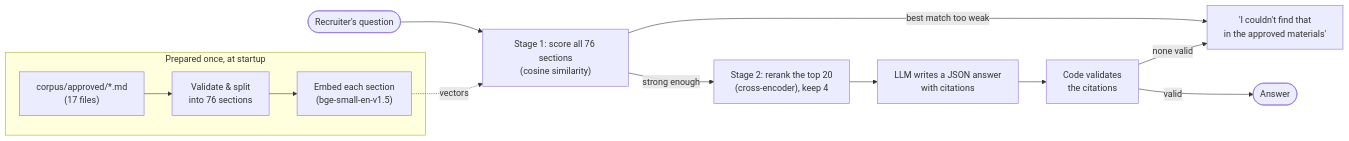
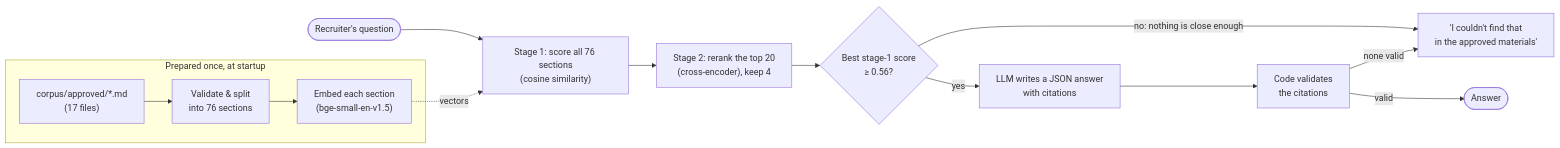
The first of 6 diagrams in README.md (kheirie/myResume), drawn with Mermaid before and after one commit. The commit also changed other lines of this file, not shown here.

````diff
--- a/README.md
+++ b/README.md
@@ -54,16 +54,17 @@
 ```mermaid
 flowchart LR
     subgraph Offline["Prepared once, at startup"]
         A["corpus/approved/*.md<br/>(17 files)"] --> B["Validate & split<br/>into 76 sections"]
         B --> C["Embed each section<br/>(bge-small-en-v1.5)"]
     end
 
     Q(["Recruiter's question"]) --> R["Stage 1: score all 76 sections<br/>(cosine similarity)"]
     C -. vectors .-> R
-    R -->|"best match too weak"| N["'I couldn't find that<br/>in the approved materials'"]
-    R -->|"strong enough"| RR["Stage 2: rerank the top 20<br/>(cross-encoder), keep 4"]
-    RR --> L["LLM writes a JSON answer<br/>with citations"]
+    R --> RR["Stage 2: rerank the top 20<br/>(cross-encoder), keep 4"]
+    RR --> TH{"Best stage-1 score<br/>≥ 0.56?"}
+    TH -->|"no: nothing is close enough"| N["'I couldn't find that<br/>in the approved materials'"]
+    TH -->|"yes"| L["LLM writes a JSON answer<br/>with citations"]
     L --> V["Code validates<br/>the citations"]
     V -->|"valid"| ANS(["Answer"])
     V -->|"none valid"| N
 ```
````
